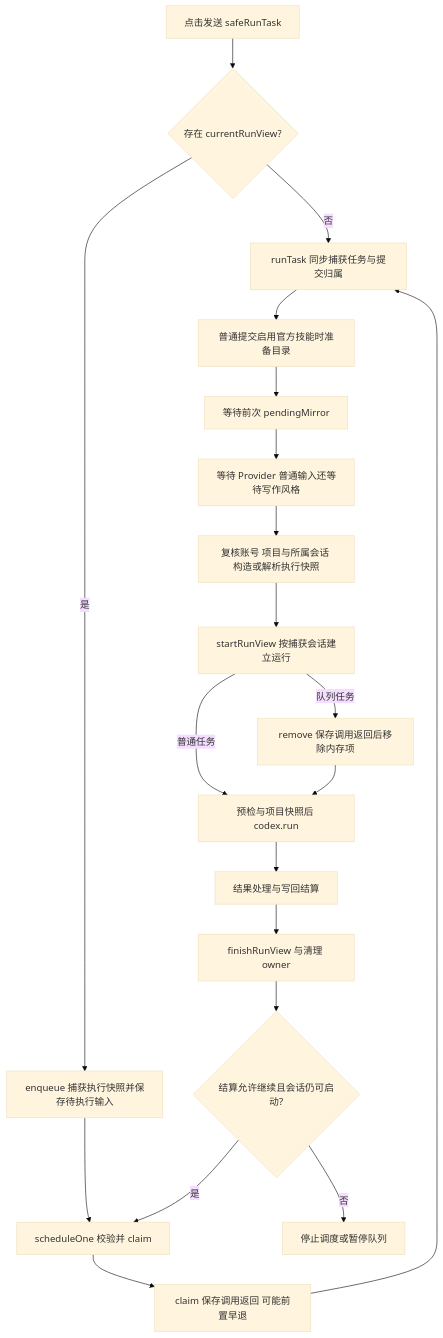
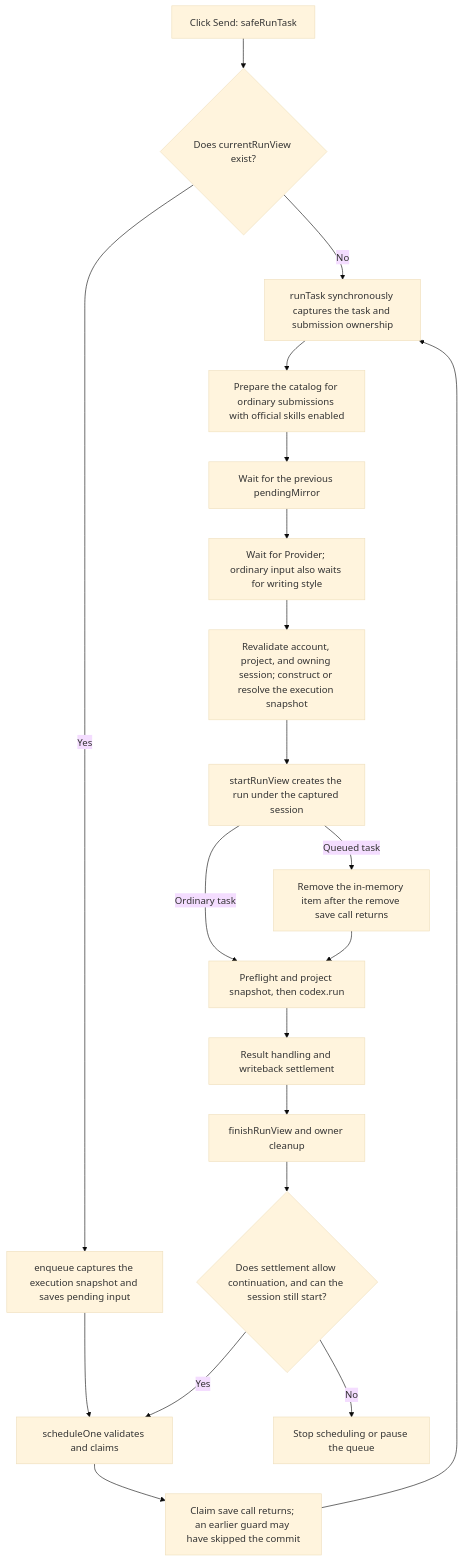
The diagram in docs/architecture/run-state-and-recovery.md (Ghqqqq/codex-overleaf-link), drawn with Mermaid (base theme) before and after one commit. The commit also changed other lines of this file and 14 other files, not shown here.

Commit message:
docs: translate architecture guide to English and correct navigation

````diff
--- a/docs/architecture/run-state-and-recovery.md
+++ b/docs/architecture/run-state-and-recovery.md
@@ -51,22 +51,22 @@
 ```mermaid
 flowchart TD
-  A[点击发送 safeRunTask] --> B{存在 currentRunView?}
-  B -->|否| C[runTask 同步捕获任务与提交归属]
-  B -->|是| Q[enqueue 捕获执行快照并保存待执行输入]
-  Q --> R[scheduleOne 校验并 claim]
-  R --> S[claim 保存调用返回 可能前置早退]
+  A[Click Send: safeRunTask] --> B{Does currentRunView exist?}
+  B -->|No| C[runTask synchronously captures the task and submission ownership]
+  B -->|Yes| Q[enqueue captures the execution snapshot and saves pending input]
+  Q --> R[scheduleOne validates and claims]
+  R --> S[Claim save call returns; an earlier guard may have skipped the commit]
   S --> C
-  C --> K[普通提交启用官方技能时准备目录]
-  K --> M[等待前次 pendingMirror]
-  M --> L[等待 Provider 普通输入还等待写作风格]
-  L --> I[复核账号 项目与所属会话 构造或解析执行快照]
-  I --> V[startRunView 按捕获会话建立运行]
-  V -->|队列任务| P[remove 保存调用返回后移除内存项]
-  V -->|普通任务| N[预检与项目快照后 codex.run]
+  C --> K[Prepare the catalog for ordinary submissions with official skills enabled]
+  K --> M[Wait for the previous pendingMirror]
+  M --> L[Wait for Provider; ordinary input also waits for writing style]
+  L --> I[Revalidate account, project, and owning session; construct or resolve the execution snapshot]
+  I --> V[startRunView creates the run under the captured session]
+  V -->|Queued task| P[Remove the in-memory item after the remove save call returns]
+  V -->|Ordinary task| N[Preflight and project snapshot, then codex.run]
   P --> N
-  N --> W[结果处理与写回结算]
-  W --> T[finishRunView 与清理 owner]
-  T --> U{结算允许继续且会话仍可启动?}
-  U -->|是| R
-  U -->|否| X[停止调度或暂停队列]
+  N --> W[Result handling and writeback settlement]
+  W --> T[finishRunView and owner cleanup]
+  T --> U{Does settlement allow continuation, and can the session still start?}
+  U -->|Yes| R
+  U -->|No| X[Stop scheduling or pause the queue]
 ```
````
